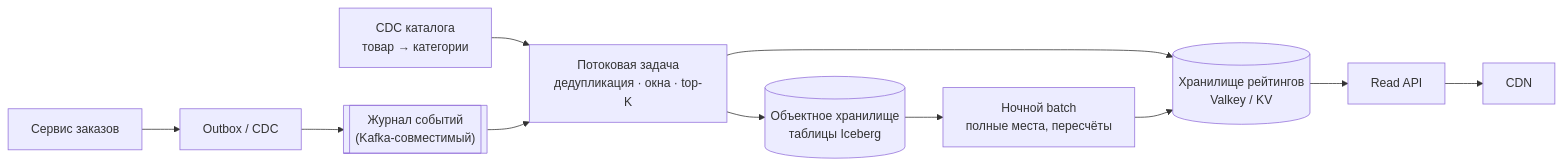
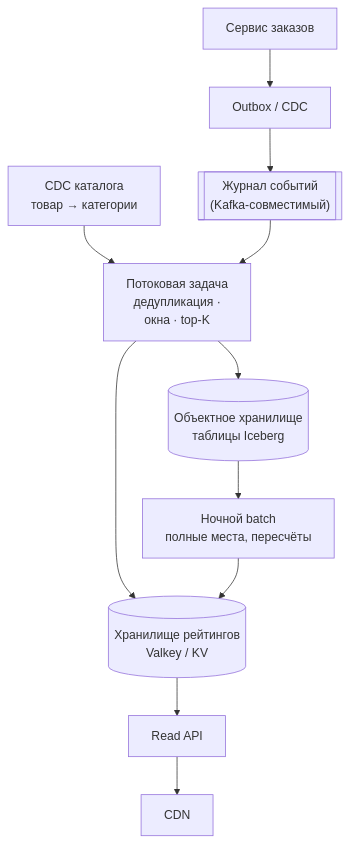
One commit to butyavk/system-design changed the third of 3 diagrams in src/content/docs/ru/practice/sales-rank.mdx. Above: the diagram before and after it, drawn with Mermaid. The commit also changed other lines of this file and 144 other files, not shown here.

````diff
--- a/src/content/docs/ru/practice/sales-rank.mdx
+++ b/src/content/docs/ru/practice/sales-rank.mdx
@@ -294,13 +294,13 @@
 ```mermaid
-flowchart LR
+flowchart TB
   shop["Сервис заказов"] --> outbox["Outbox / CDC"]
   outbox --> log[["Журнал событий<br/>(Kafka-совместимый)"]]
   catalog["CDC каталога<br/>товар → категории"] --> flink
-  log --> flink["Потоковая задача<br/>дедупликация · окна · top-K"]
+  log --> flink["Потоковая задача<br/>дедупликация ·<br/>окна · top-K"]
   flink --> kv[("Хранилище рейтингов<br/>Valkey / KV")]
   flink --> lake[("Объектное хранилище<br/>таблицы Iceberg")]
   kv --> api["Read API"]
   api --> cdn["CDN"]
   lake --> batch["Ночной batch<br/>полные места, пересчёты"]
   batch --> kv
 ```
````
